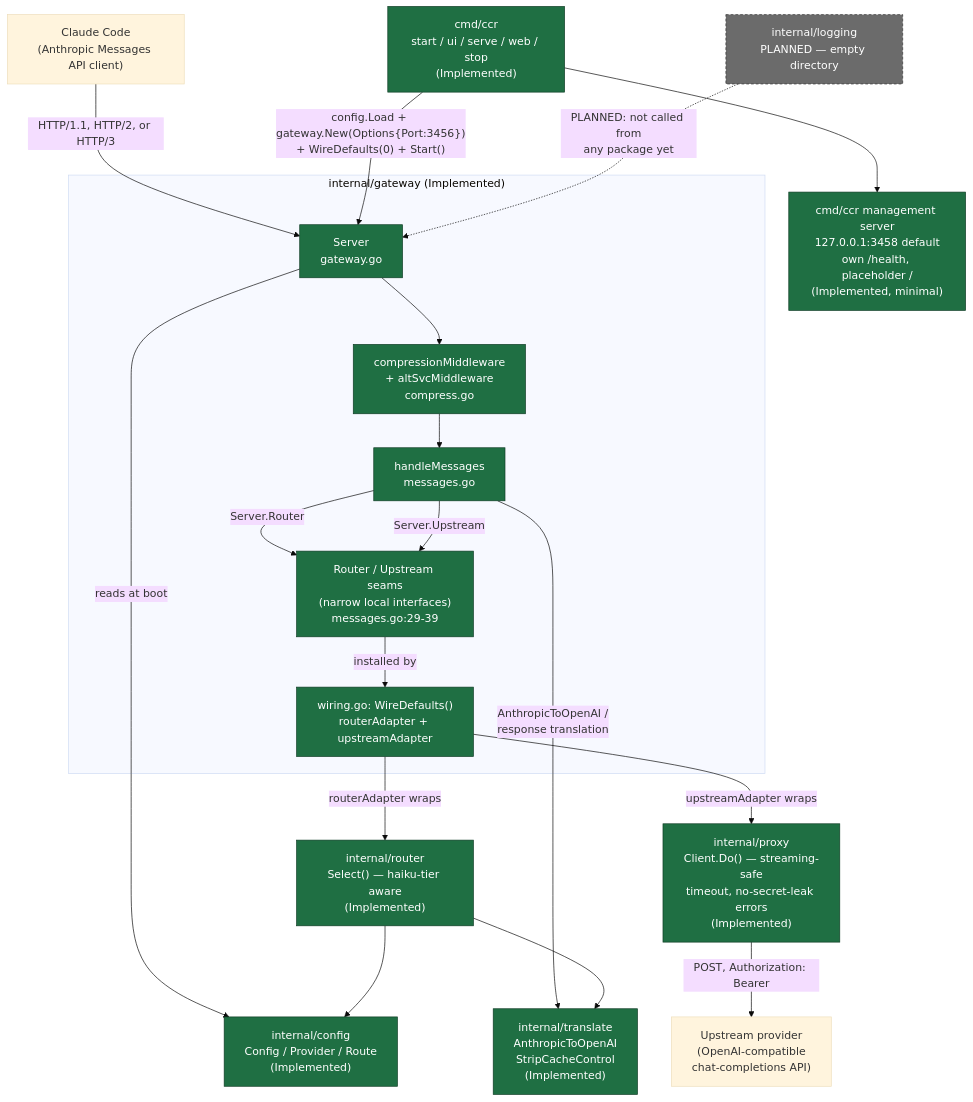
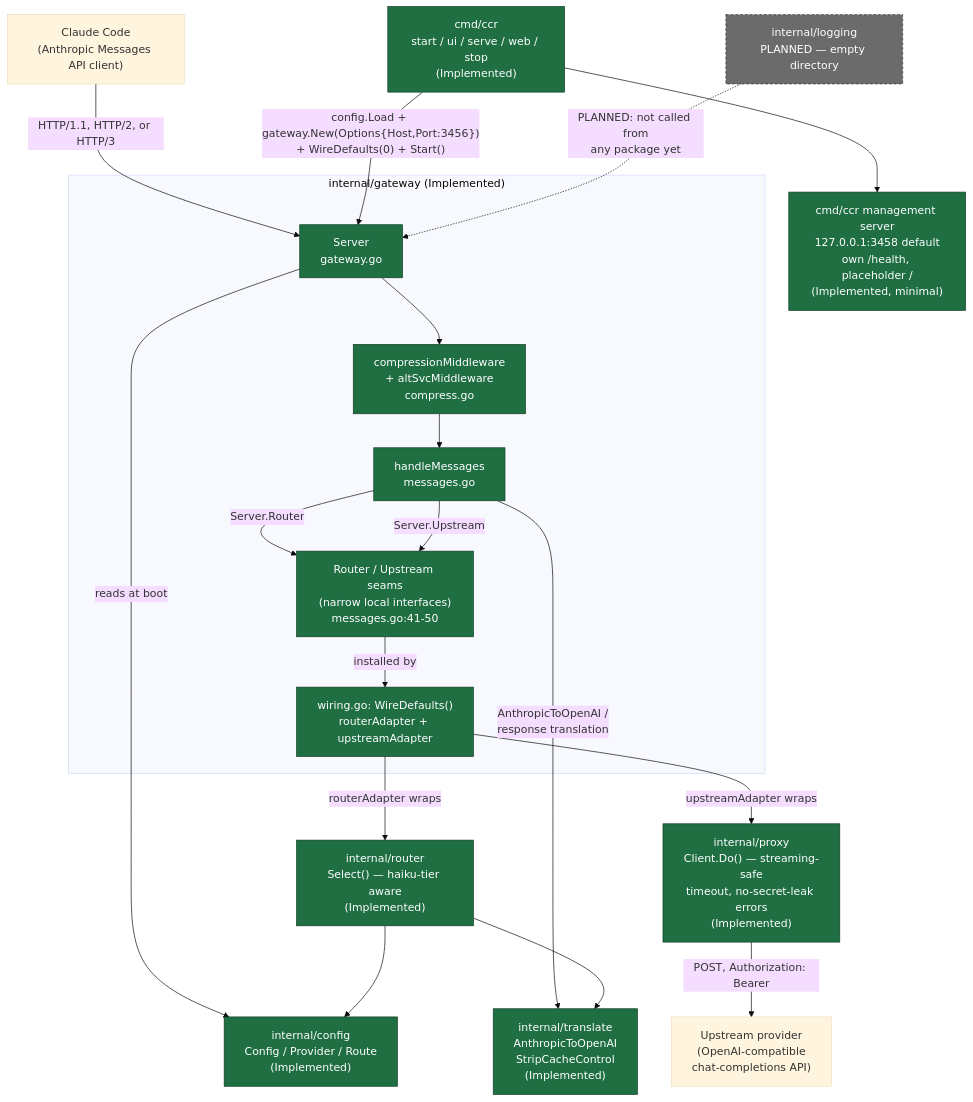
The first of 7 diagrams in docs/ARCHITECTURE.md (vasic-digital/claude-code-router), drawn with Mermaid (base theme) before and after one commit. The commit also changed other lines of this file and 17 other files, not shown here.

First line of the commit message:
feat: structured logging with redaction, config hot-reload, ccr config

````diff
--- a/docs/ARCHITECTURE.md
+++ b/docs/ARCHITECTURE.md
@@ -7,44 +7,44 @@
 ```mermaid
 graph TD
     CC["Claude Code<br/>(Anthropic Messages API client)"]
     CCR["cmd/ccr<br/>start / ui / serve / web / stop<br/>(Implemented)"]
     MGMT["cmd/ccr management server<br/>127.0.0.1:3458 default<br/>own /health, placeholder /<br/>(Implemented, minimal)"]
 
     subgraph gw["internal/gateway (Implemented)"]
         Server["Server<br/>gateway.go"]
         Compress["compressionMiddleware<br/>+ altSvcMiddleware<br/>compress.go"]
         Handler["handleMessages<br/>messages.go"]
-        Seams["Router / Upstream seams<br/>(narrow local interfaces)<br/>messages.go:29-39"]
+        Seams["Router / Upstream seams<br/>(narrow local interfaces)<br/>messages.go:41-50"]
         Wiring["wiring.go: WireDefaults()<br/>routerAdapter + upstreamAdapter"]
     end
 
     Config["internal/config<br/>Config / Provider / Route<br/>(Implemented)"]
     Translate["internal/translate<br/>AnthropicToOpenAI<br/>StripCacheControl<br/>(Implemented)"]
     Router["internal/router<br/>Select() — haiku-tier aware<br/>(Implemented)"]
     Proxy["internal/proxy<br/>Client.Do() — streaming-safe<br/>timeout, no-secret-leak errors<br/>(Implemented)"]
     Logging["internal/logging<br/>PLANNED — empty directory"]
     Upstream["Upstream provider<br/>(OpenAI-compatible<br/>chat-completions API)"]
 
     CC -- "HTTP/1.1, HTTP/2, or HTTP/3" --> Server
-    CCR -- "config.Load + gateway.New(Options{Port:3456})<br/>+ WireDefaults(0) + Start()" --> Server
+    CCR -- "config.Load + gateway.New(Options{Host,Port:3456})<br/>+ WireDefaults(0) + Start()" --> Server
     CCR --> MGMT
     Server --> Compress
     Compress --> Handler
     Server -- "reads at boot" --> Config
     Handler -- "Server.Router" --> Seams
     Handler -- "Server.Upstream" --> Seams
     Handler -- "AnthropicToOpenAI /<br/>response translation" --> Translate
     Seams -- "installed by" --> Wiring
     Wiring -- "routerAdapter wraps" --> Router
     Wiring -- "upstreamAdapter wraps" --> Proxy
     Proxy -- "POST, Authorization: Bearer" --> Upstream
     Router --> Config
     Router --> Translate
 
     Logging -. "PLANNED: not called from<br/>any package yet" .-> Server
 
     classDef implemented fill:#1f6f43,stroke:#0f3d25,color:#fff;
     classDef planned fill:#6b6b6b,stroke:#333,color:#fff,stroke-dasharray: 4 3;
     class Server,Compress,Handler,Seams,Wiring,Config,Translate,Router,Proxy,CCR,MGMT implemented;
     class Logging planned;
 ```
````
